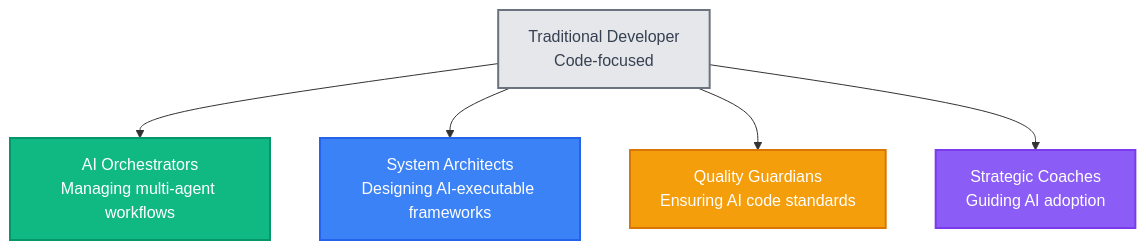
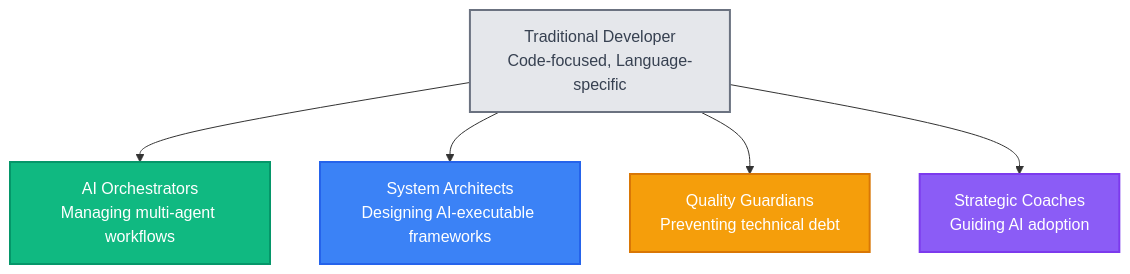
Before and after one commit to tuanddd/research: the second of 2 diagrams in topics/career/dev-identity.md, drawn with Mermaid. The commit also changed other lines of this file, not shown here.

````diff
--- a/topics/career/dev-identity.md
+++ b/topics/career/dev-identity.md
@@ -95,20 +102,20 @@
 ```mermaid
 graph TD
-    TRAD["Traditional Developer<br/>Code-focused"]
+    TRAD["Traditional Developer<br/>Code-focused, Language-specific"]
     
     AI["AI Orchestrators<br/>Managing multi-agent workflows"]
     ARCH["System Architects<br/>Designing AI-executable frameworks"]
-    QG["Quality Guardians<br/>Ensuring AI code standards"]
+    QG["Quality Guardians<br/>Preventing technical debt"]
     COACH["Strategic Coaches<br/>Guiding AI adoption"]
     
     TRAD --> AI
     TRAD --> ARCH
     TRAD --> QG
     TRAD --> COACH
     
     style TRAD fill:#e5e7eb,stroke:#6b7280,stroke-width:2px,color:#374151
     style AI fill:#10b981,stroke:#059669,stroke-width:2px,color:#fff
     style ARCH fill:#3b82f6,stroke:#2563eb,stroke-width:2px,color:#fff
     style QG fill:#f59e0b,stroke:#d97706,stroke-width:2px,color:#fff
     style COACH fill:#8b5cf6,stroke:#7c3aed,stroke-width:2px,color:#fff
 ```
````
